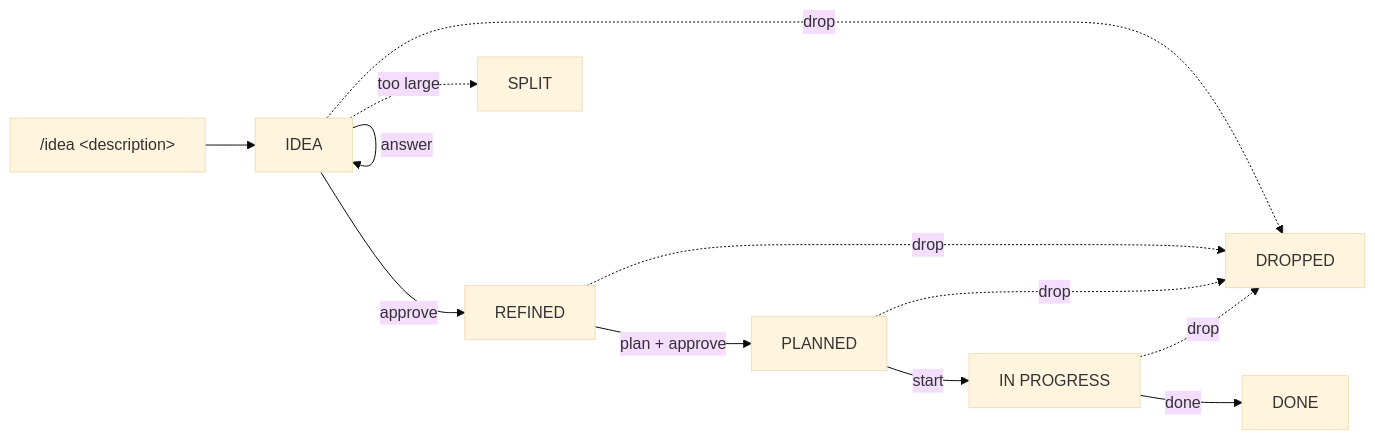
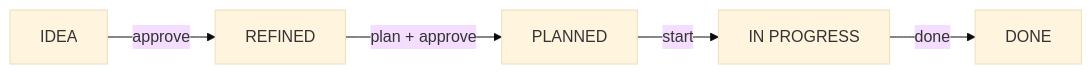
Before and after one commit to abmi55/idea-to-done: the diagram in README.md, drawn with Mermaid (base theme). The commit also changed other lines of this file, not shown here.

Commit message:
Simplify workflow diagram in README

````diff
--- a/README.md
+++ b/README.md
@@ -46,14 +46,4 @@
 ```mermaid
 flowchart LR
-    A["/idea &lt;description&gt;"] --> IDEA
-    IDEA -- "answer" --> IDEA
-    IDEA -- "approve" --> REFINED
-    REFINED -- "plan + approve" --> PLANNED
-    PLANNED -- "start" --> PROGRESS["IN PROGRESS"]
-    PROGRESS -- "done" --> DONE
-    IDEA -. "drop" .-> DROPPED
-    REFINED -. "drop" .-> DROPPED
-    PLANNED -. "drop" .-> DROPPED
-    PROGRESS -. "drop" .-> DROPPED
-    IDEA -. "too large" .-> SPLIT
+    IDEA -- approve --> REFINED -- "plan + approve" --> PLANNED -- start --> PROGRESS["IN PROGRESS"] -- done --> DONE
 ```
````
